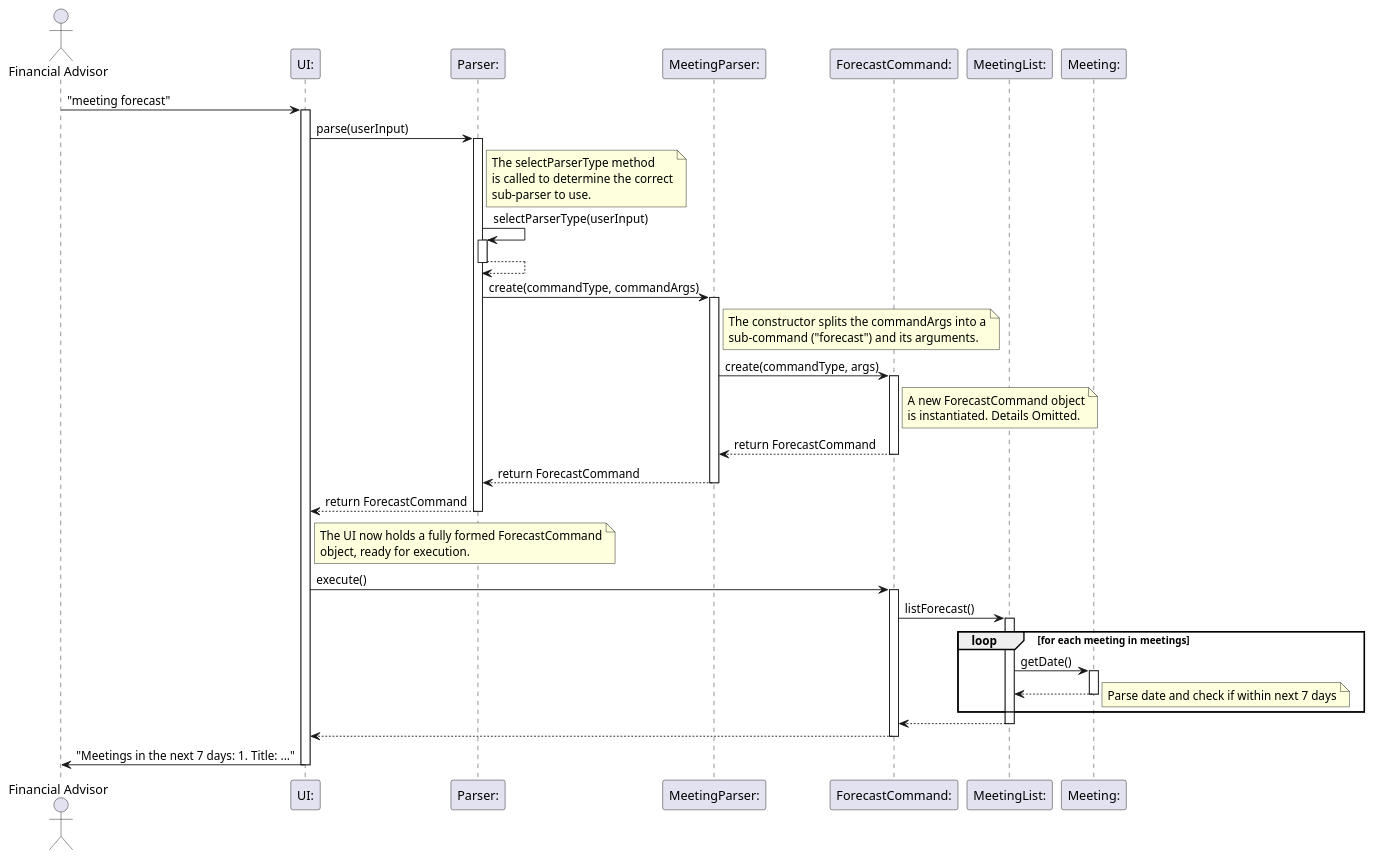
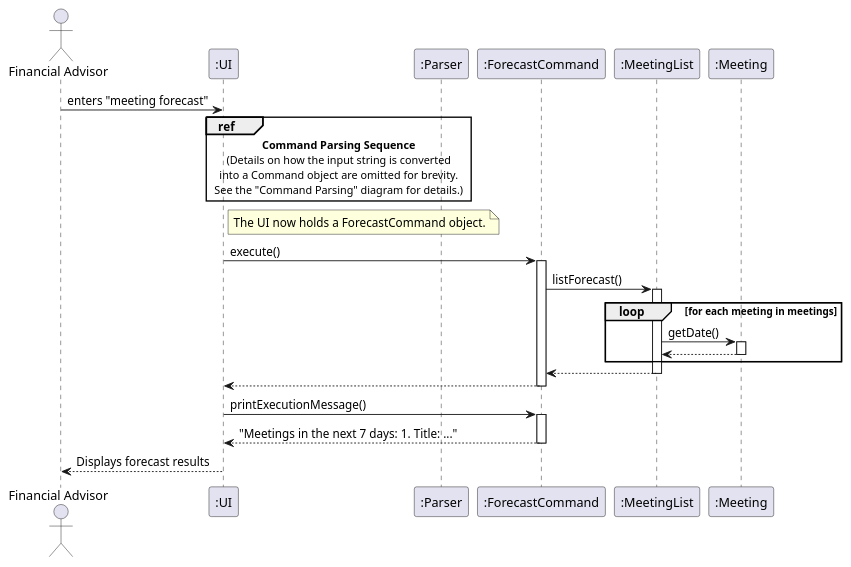
Before and after one commit to ZT712002/tp: the diagram in docs/umldiagrams/meetingforecastsequence.puml, drawn with PlantUML. The commit also changed 1 other file, not shown here.

Commit message:
Update meeting forecast sequence diagram

```diff
--- a/docs/umldiagrams/meetingforecastsequence.puml
+++ b/docs/umldiagrams/meetingforecastsequence.puml
@@ -1,69 +1,48 @@
 @startuml meeting-sequence_diagram_Forecast
 
-actor User as "Financial Advisor"
-participant UI as "UI:"
-participant Parser as "Parser:"
-participant MeetingParser as "MeetingParser:"
-participant ForecastCommand as "ForecastCommand:"
-participant MeetingList as "MeetingList:"
-participant Meeting as "Meeting:"
+actor "Financial Advisor" as User
+participant UI as ":UI"
+participant Parser as ":Parser"
+participant Command as ":ForecastCommand"
+participant MeetingList as ":MeetingList"
+participant Meeting as ":Meeting"
 
-User -> UI: "meeting forecast"
-activate UI
+User -> UI: enters "meeting forecast"
 
-UI -> Parser: parse(userInput)
-activate Parser
+ref over UI, Parser
+    **Command Parsing Sequence**
+    (Details on how the input string is converted
+    into a Command object are omitted for brevity.
+    See the "Command Parsing" diagram for details.)
+end ref
 
-note right of Parser: The selectParserType method\nis called to determine the correct\nsub-parser to use.
+note right of UI: The UI now holds a ForecastCommand object.
 
-Parser -> Parser: selectParserType(userInput)
-activate Parser
-Parser --> Parser:
-deactivate Parser
+UI -> Command: execute()
+activate Command
 
-Parser -> MeetingParser: create(commandType, commandArgs)
-activate MeetingParser
-
-note right of MeetingParser: The constructor splits the commandArgs into a\nsub-command ("forecast") and its arguments.
-
-MeetingParser -> ForecastCommand: create(commandType, args)
-activate ForecastCommand
-
-note right of ForecastCommand: A new ForecastCommand object\nis instantiated. Details Omitted.
-
-ForecastCommand --> MeetingParser: return ForecastCommand
-deactivate ForecastCommand
-
-MeetingParser --> Parser: return ForecastCommand
-deactivate MeetingParser
-
-Parser --> UI: return ForecastCommand
-deactivate Parser
-
-note right of UI: The UI now holds a fully formed ForecastCommand\nobject, ready for execution.
-
-UI -> ForecastCommand: execute()
-activate ForecastCommand
-
-ForecastCommand -> MeetingList: listForecast()
+Command -> MeetingList: listForecast()
 activate MeetingList
 
 loop for each meeting in meetings
 MeetingList -> Meeting: getDate()
 activate Meeting
 Meeting --> MeetingList:
 deactivate Meeting
-
-note right: Parse date and check if within next 7 days
 end
 
-MeetingList --> ForecastCommand:
+MeetingList --> Command
 deactivate MeetingList
 
-ForecastCommand --> UI:
-deactivate ForecastCommand
+Command --> UI
+deactivate Command
 
-UI -> User: "Meetings in the next 7 days: 1. Title: ..."
+UI -> Command: printExecutionMessage()
+activate Command
+Command --> UI: "Meetings in the next 7 days: 1. Title: ..."
+deactivate Command
+
+UI --> User: Displays forecast results
 deactivate UI
 
 @enduml
```
